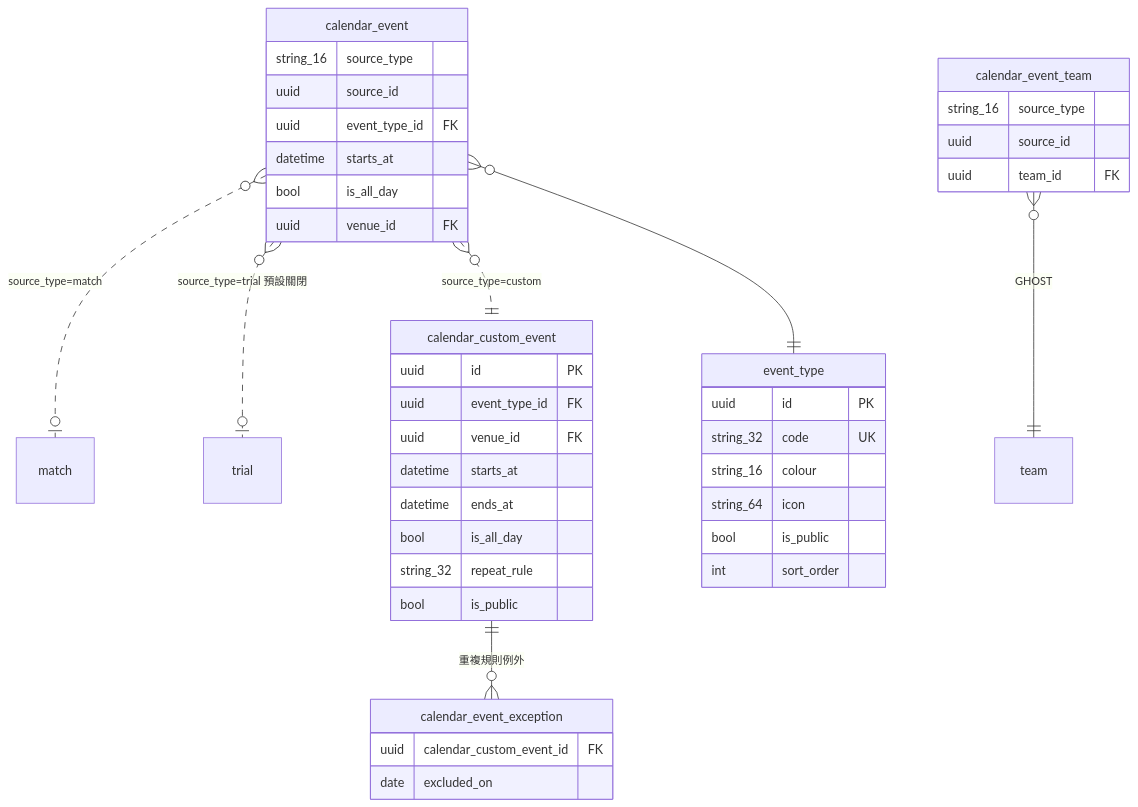
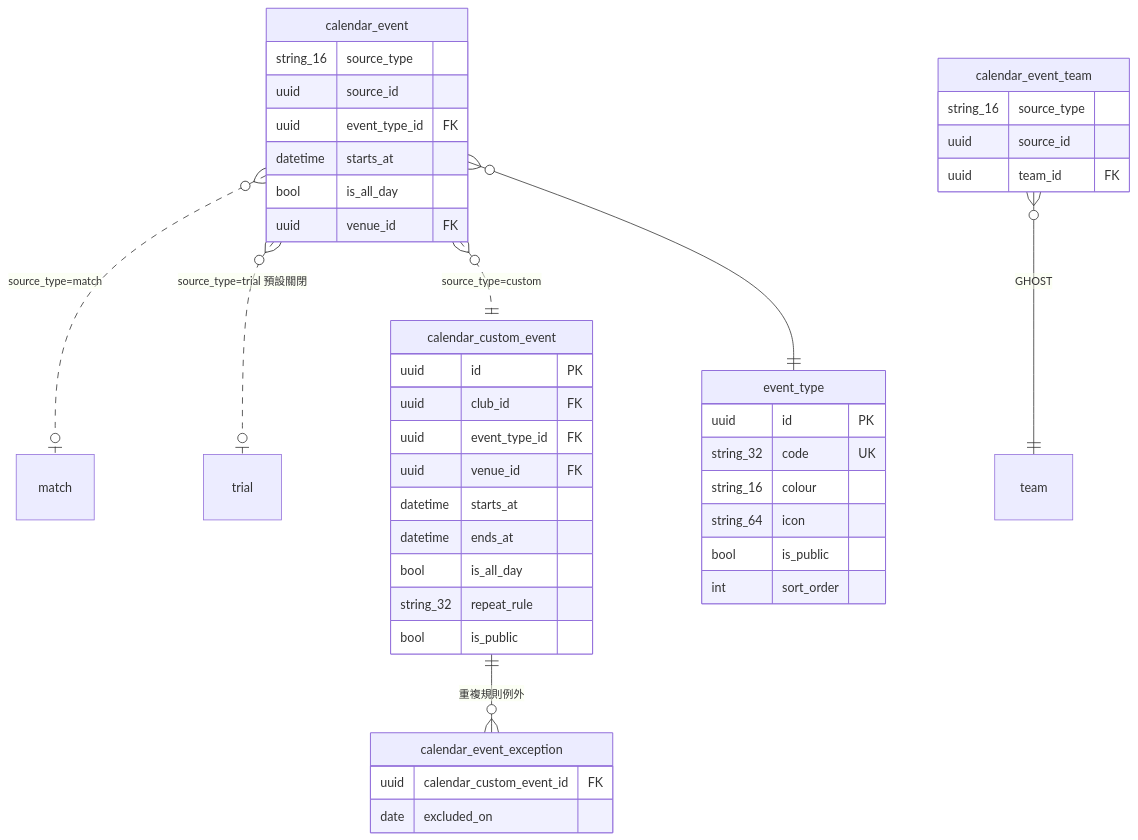
Before and after one commit to waiting0201/tcrfc: the fourth of 15 diagrams in docs/12a-database-erd.md, drawn with Mermaid. The commit also changed other lines of this file and 4 other files, not shown here.

First line of the commit message:
feat: docs/12a ERD 完成 v3.0 同步，13 項落差結案（B-2 收尾）

````diff
--- a/docs/12a-database-erd.md
+++ b/docs/12a-database-erd.md
@@ -251,44 +292,45 @@
 ```mermaid
 erDiagram
   calendar_event }o..o| match : "source_type=match"
   calendar_event }o..o| trial : "source_type=trial 預設關閉"
   calendar_event }o..|| calendar_custom_event : "source_type=custom"
   calendar_event }o--|| event_type : ""
   calendar_event_team }o--|| team : "GHOST"
   calendar_custom_event ||--o{ calendar_event_exception : "重複規則例外"
   calendar_event {
     string_16 source_type
     uuid source_id
     uuid event_type_id FK
     datetime starts_at
     bool is_all_day
     uuid venue_id FK
   }
   calendar_custom_event {
     uuid id PK
+    uuid club_id FK
     uuid event_type_id FK
     uuid venue_id FK
     datetime starts_at
     datetime ends_at
     bool is_all_day
     string_32 repeat_rule
     bool is_public
   }
   calendar_event_team {
     string_16 source_type
     uuid source_id
     uuid team_id FK
   }
   calendar_event_exception {
     uuid calendar_custom_event_id FK
     date excluded_on
   }
   event_type {
     uuid id PK
     string_32 code UK
     string_16 colour
     string_64 icon
     bool is_public
     int sort_order
   }
 ```
````
